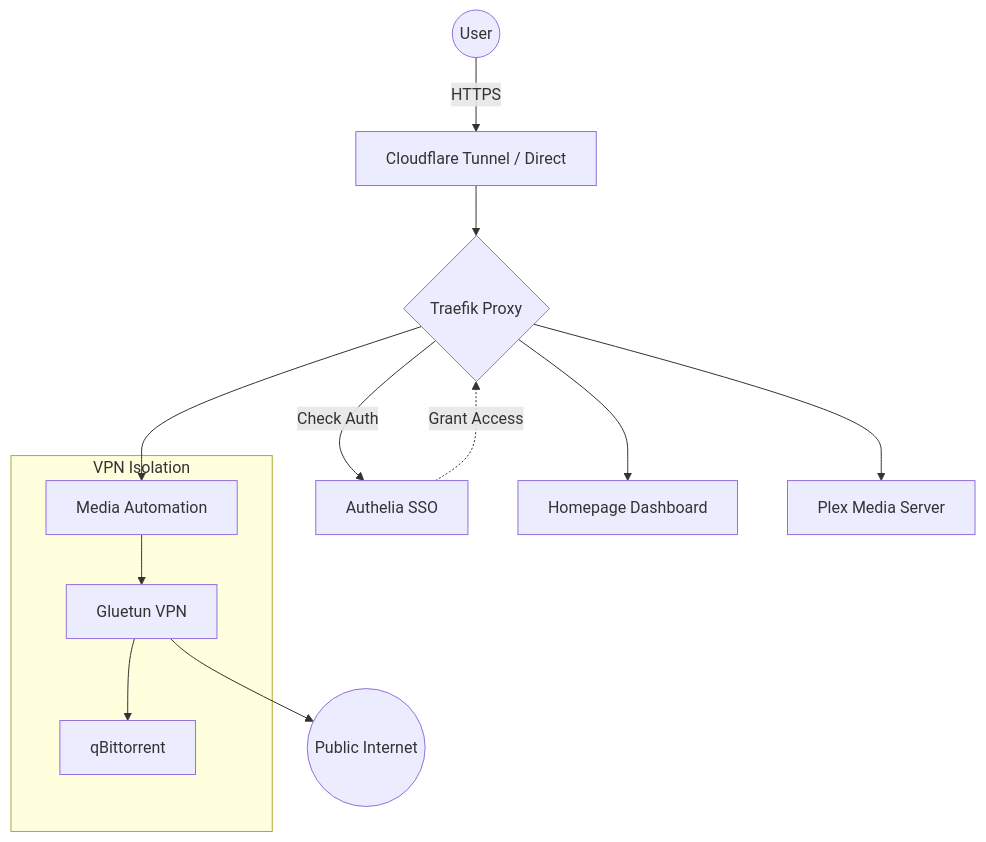
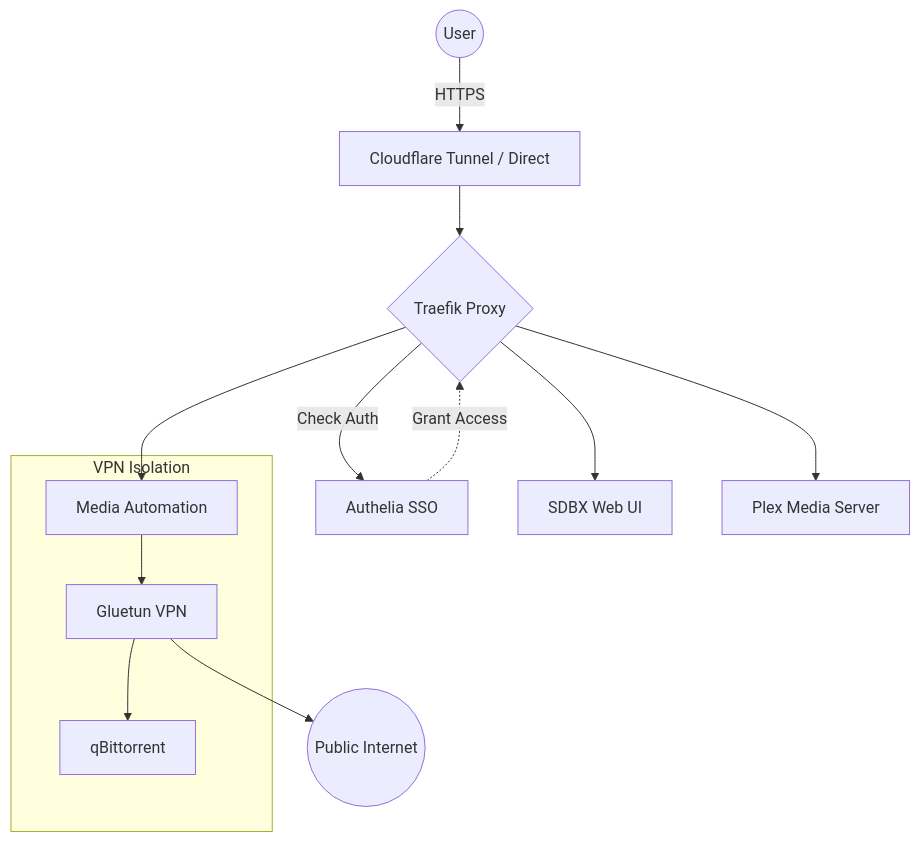
Before and after one commit to maiko/SDBX: the diagram in docs/architecture.md, drawn with Mermaid. The commit also changed other lines of this file and 9 other files, not shown here.

````diff
--- a/docs/architecture.md
+++ b/docs/architecture.md
@@ -63,19 +69,19 @@
 ```mermaid
 graph TD
     User((User)) -->|HTTPS| CF[Cloudflare Tunnel / Direct]
     CF --> Traefik{Traefik Proxy}
     
     Traefik -->|Check Auth| Authelia[Authelia SSO]
     Authelia -.->|Grant Access| Traefik
     
-    Traefik --> Homepage[Homepage Dashboard]
+    Traefik --> WebUI[SDBX Web UI]
     Traefik --> Plex[Plex Media Server]
     Traefik --> Arrs[Media Automation]
     
     subgraph "VPN Isolation"
         Arrs --> Gluetun[Gluetun VPN]
         Gluetun --> QB[qBittorrent]
     end
     
     Gluetun --> Internet((Public Internet))
 ```
````
